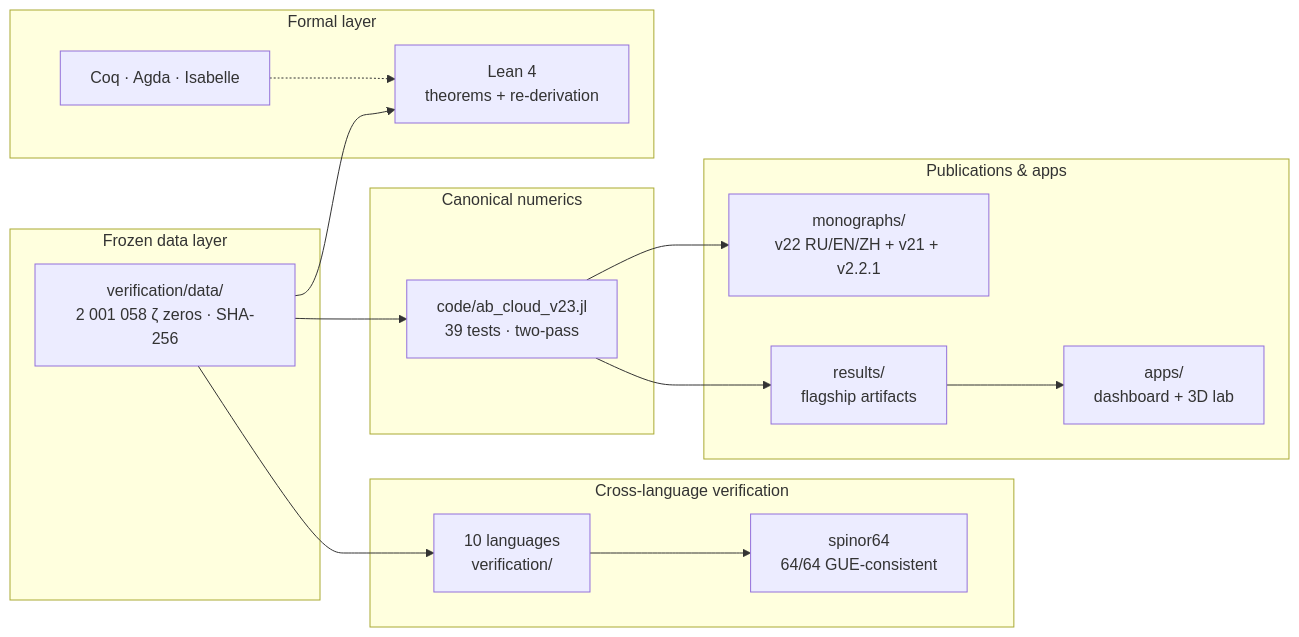
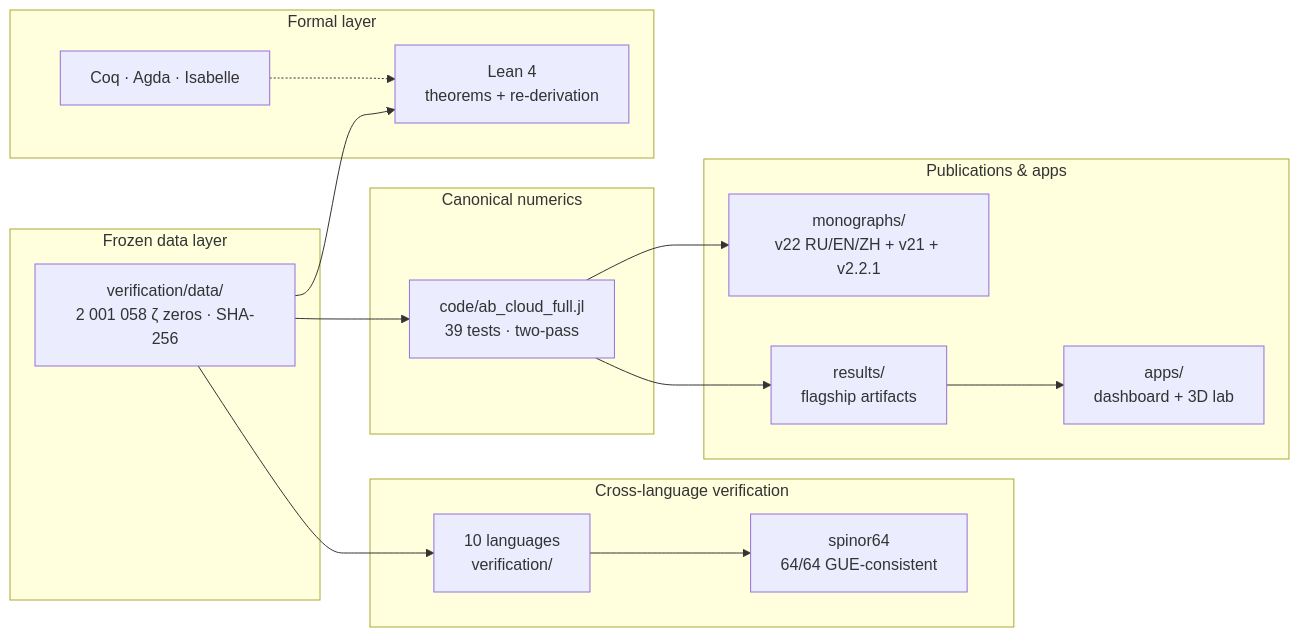
Before and after one commit to wild8highlander/ab-cloud-research: the diagram in docs/map.md, drawn with Mermaid. The commit also changed 36 other files, not shown here.

````diff
--- a/docs/map.md
+++ b/docs/map.md
@@ -8,30 +8,30 @@
 ```mermaid
 flowchart LR
     subgraph DATA["Frozen data layer"]
         Z["verification/data/<br/>2 001 058 ζ zeros · SHA-256"]
     end
     subgraph CORE["Canonical numerics"]
-        J["code/ab_cloud_v23.jl<br/>39 tests · two-pass"]
+        J["code/ab_cloud_full.jl<br/>39 tests · two-pass"]
     end
     subgraph CROSS["Cross-language verification"]
         V["10 languages<br/>verification/"]
         S64["spinor64<br/>64/64 GUE-consistent"]
     end
     subgraph FORMAL["Formal layer"]
         L["Lean 4<br/>theorems + re-derivation"]
         C["Coq · Agda · Isabelle"]
     end
     subgraph OUT["Publications & apps"]
         M["monographs/<br/>v22 RU/EN/ZH + v21 + v2.2.1"]
         R["results/<br/>flagship artifacts"]
         APP["apps/<br/>dashboard + 3D lab"]
     end
     Z --> J
     Z --> V
     Z --> L
     J --> R
     V --> S64
     J --> M
     R --> APP
     C -.-> L
 ```
````
